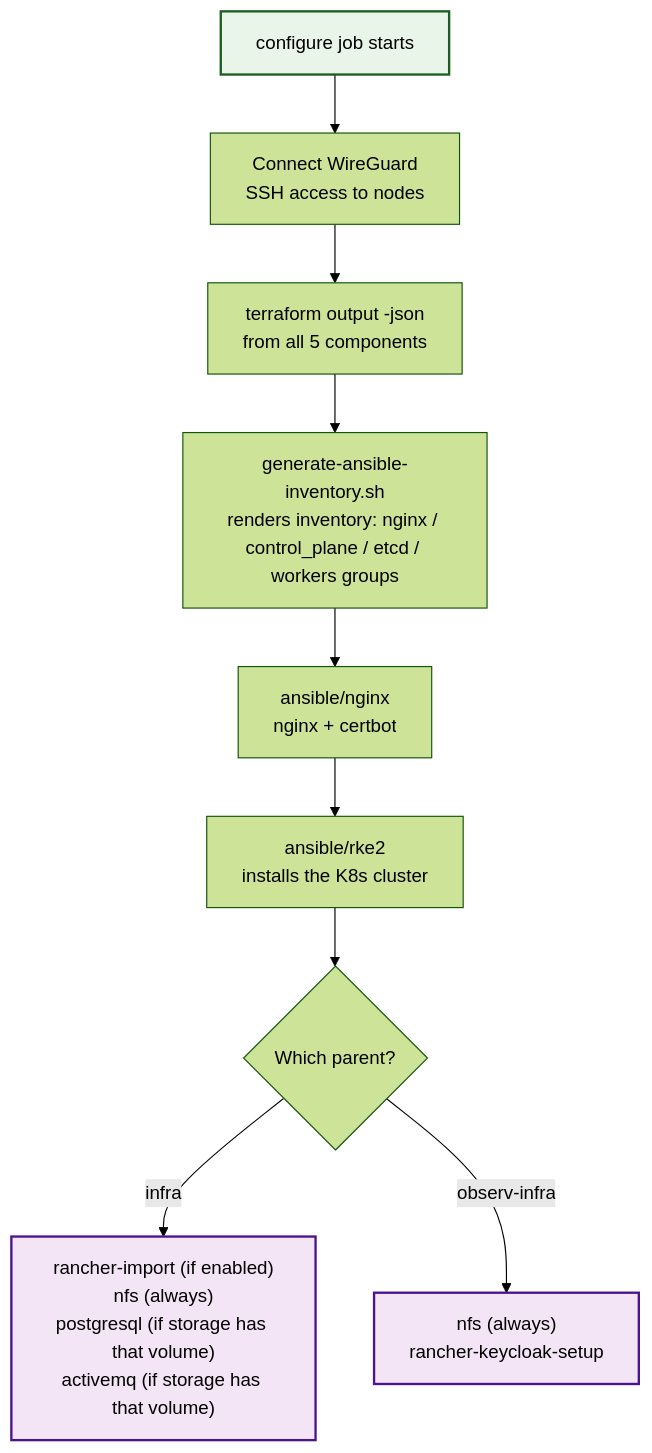
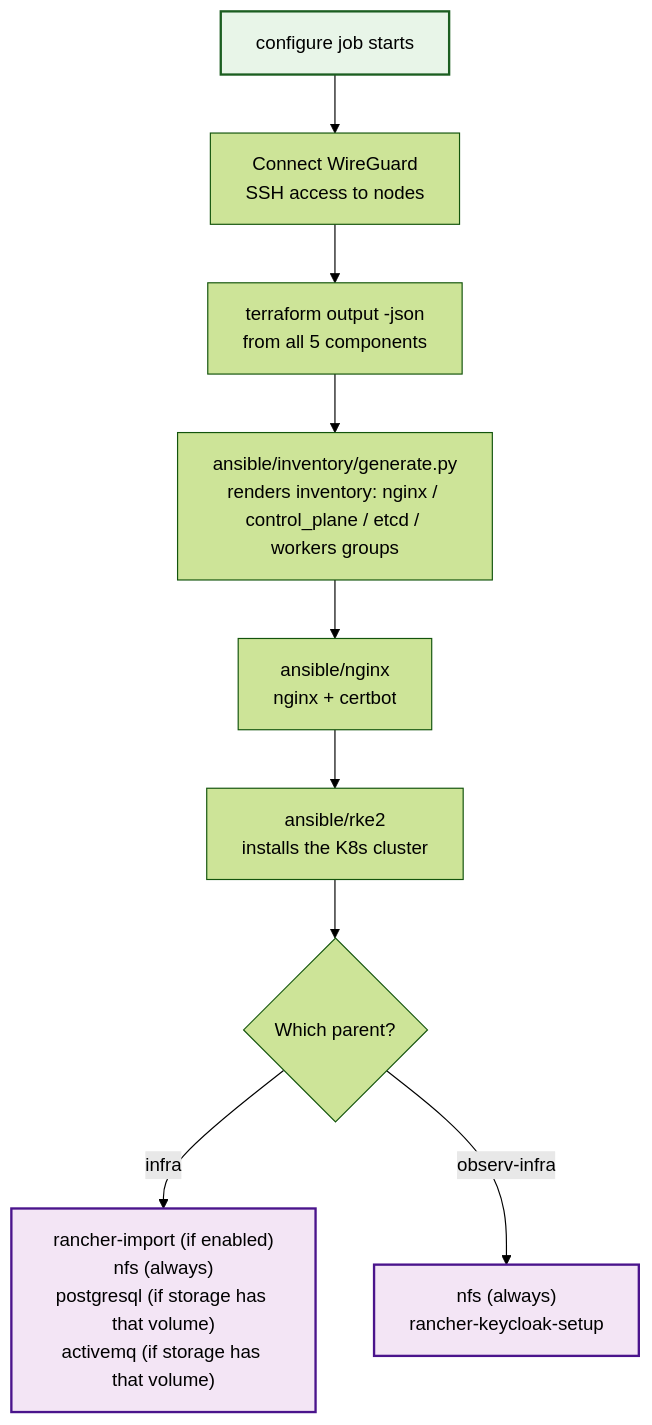
One commit to mosip/infra changed the fourth of 7 diagrams in .github/workflows/README.md. Above: the diagram before and after it, drawn with Mermaid (forest theme). The commit also changed 66 other files, not shown here.

````diff
--- a/.github/workflows/README.md
+++ b/.github/workflows/README.md
@@ -188,15 +188,15 @@
 ```mermaid
 graph TD
     A[configure job starts] --> B[Connect WireGuard<br/>SSH access to nodes]
     B --> C[terraform output -json<br/>from all 5 components]
-    C --> D[generate-ansible-inventory.sh<br/>renders inventory: nginx / control_plane / etcd / workers groups]
+    C --> D[ansible/inventory/generate.py<br/>renders inventory: nginx / control_plane / etcd / workers groups]
     D --> E[ansible/nginx<br/>nginx + certbot]
     E --> F[ansible/rke2<br/>installs the K8s cluster]
     F --> G{Which parent?}
     G -->|infra| H["rancher-import (if enabled)<br/>nfs (always)<br/>postgresql (if storage has that volume)<br/>activemq (if storage has that volume)"]
     G -->|observ-infra| J["nfs (always)<br/>rancher-keycloak-setup"]
 
     style A fill:#e8f5e8,stroke:#1b5e20,stroke-width:2px,color:#000000
     style H fill:#f3e5f5,stroke:#4a148c,stroke-width:2px,color:#000000
     style J fill:#f3e5f5,stroke:#4a148c,stroke-width:2px,color:#000000
 ```
````
